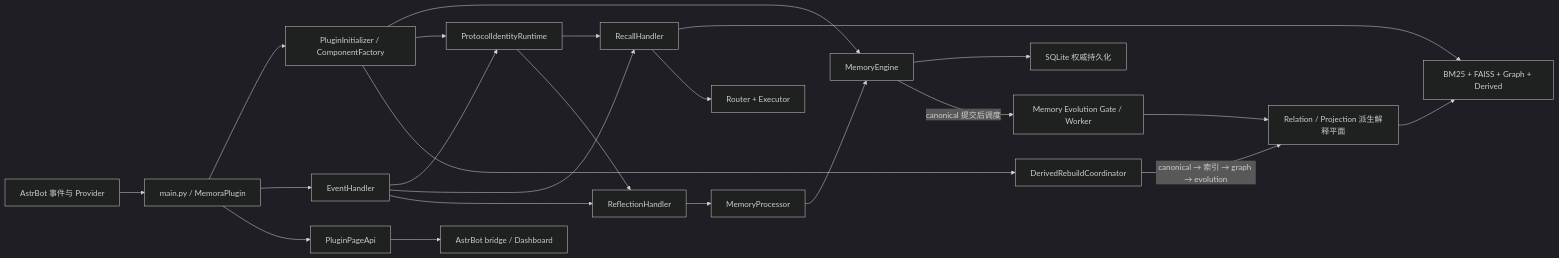
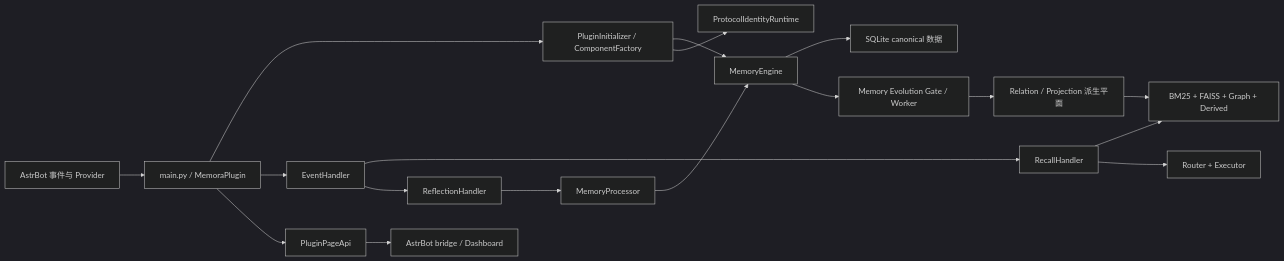
Before and after one commit to INSide-734/astrbot_plugin_memora: the diagram in AGENTS.md, drawn with Mermaid (dark theme). The commit also changed other lines of this file and 804 other files, not shown here.

````diff
--- a/AGENTS.md
+++ b/AGENTS.md
@@ -24,25 +30,19 @@
 ```mermaid
 flowchart LR
     AstrBot["AstrBot 事件与 Provider"] --> Plugin["main.py / MemoraPlugin"]
     Plugin --> Init["PluginInitializer / ComponentFactory"]
     Plugin --> Events["EventHandler"]
     Plugin --> API["PluginPageApi"]
     Init --> Engine["MemoryEngine"]
     Init --> Identity["ProtocolIdentityRuntime"]
-    Events --> Identity
-    Identity --> Recall
-    Identity --> Reflect
     Events --> Recall["RecallHandler"]
     Events --> Reflect["ReflectionHandler"]
     Recall --> Retrieval["BM25 + FAISS + Graph + Derived"]
     Recall --> Injection["Router + Executor"]
     Reflect --> Processor["MemoryProcessor"]
-    Processor --> Engine
-    Engine --> SQLite["SQLite 权威持久化"]
-    Engine -->|canonical 提交后调度| Evolution["Memory Evolution Gate / Worker"]
-    Evolution --> Derived["Relation / Projection 派生解释平面"]
+    Processor --> Engine --> SQLite["SQLite canonical 数据"]
+    Engine --> Evolution["Memory Evolution Gate / Worker"]
+    Evolution --> Derived["Relation / Projection 派生平面"]
     Derived --> Retrieval
-    Init --> Rebuild["DerivedRebuildCoordinator"]
-    Rebuild -->|canonical → 索引 → graph → evolution| Derived
     API --> Dashboard["AstrBot bridge / Dashboard"]
 ```
````
